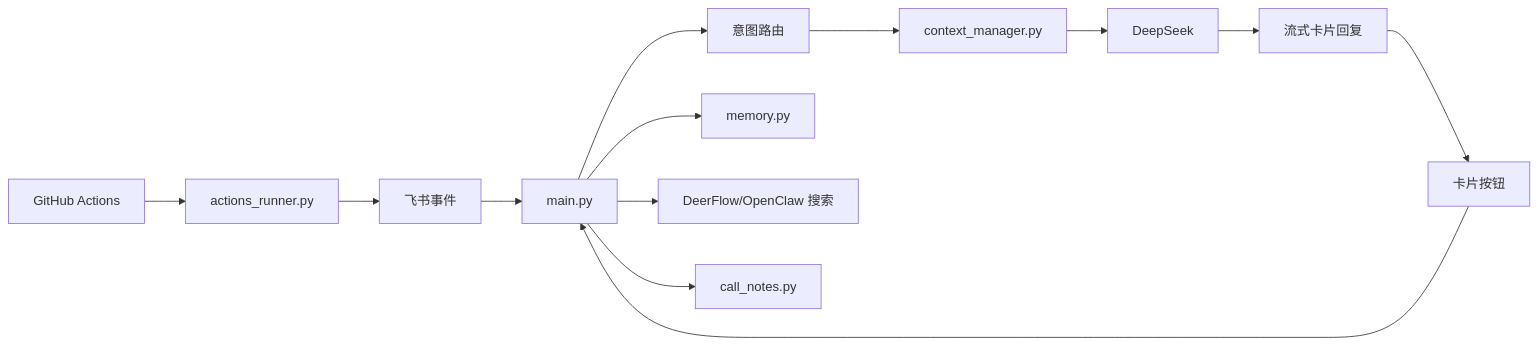
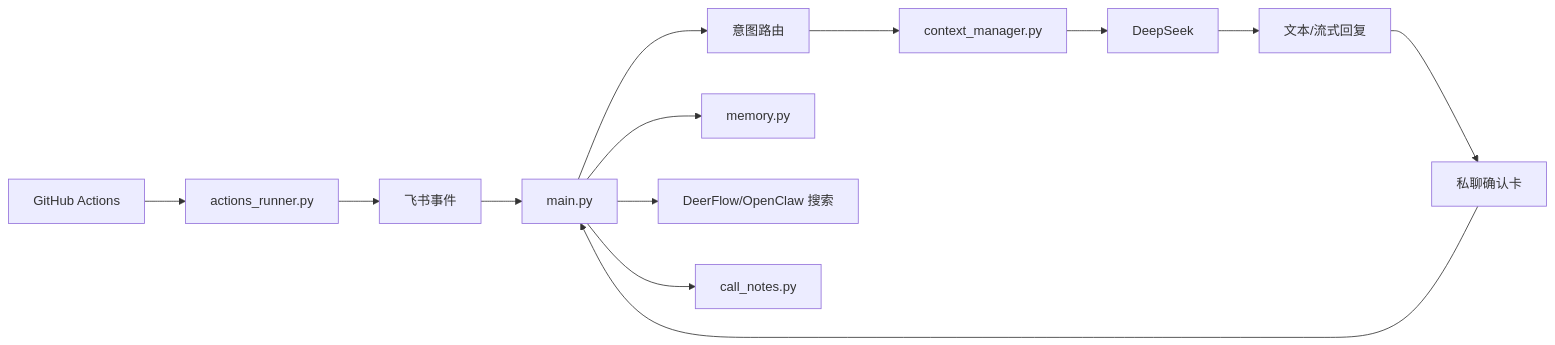
Before and after one commit to yuaiccc/feishu-companion-bot: the diagram in README.md, drawn with Mermaid. The commit also changed other lines of this file and 7 other files, not shown here.

````diff
--- a/README.md
+++ b/README.md
@@ -20,15 +20,15 @@
 ```mermaid
 flowchart LR
   A["飞书事件"] --> B["main.py"]
   B --> C["意图路由"]
   C --> D["context_manager.py"]
   D --> E["DeepSeek"]
-  E --> F["流式卡片回复"]
-  F --> G["卡片按钮"]
+  E --> F["文本/流式回复"]
+  F --> G["私聊确认卡"]
   G --> B
   B --> H["memory.py"]
   B --> I["DeerFlow/OpenClaw 搜索"]
   B --> J["call_notes.py"]
   K["GitHub Actions"] --> L["actions_runner.py"]
   L --> A
 ```
````
